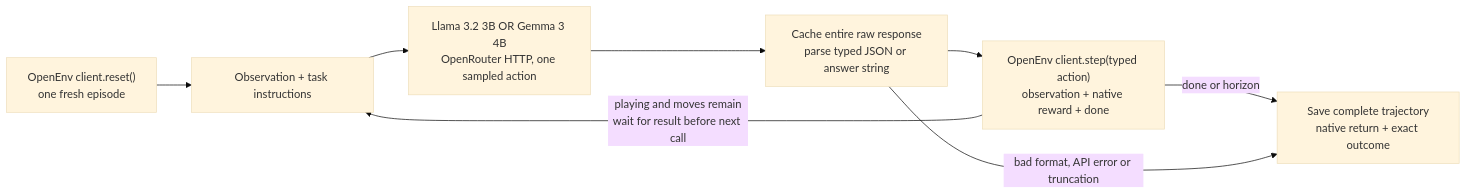
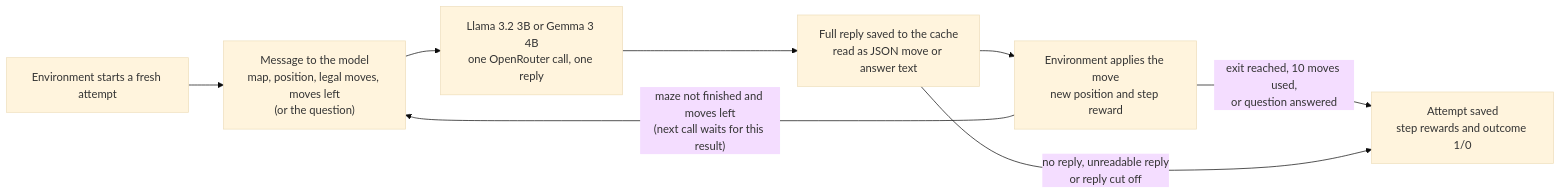
Before and after one commit to k-sandhu/experiment-notebooks: the first of 2 diagrams in notebooks/24-openenv-rewards/README.md, drawn with Mermaid (base theme). The commit also changed other lines of this file and 2 other files, not shown here.

````diff
--- a/notebooks/24-openenv-rewards/README.md
+++ b/notebooks/24-openenv-rewards/README.md
@@ -133,10 +103,10 @@
 ```mermaid
 flowchart LR
-    reset["OpenEnv client.reset()<br/>one fresh episode"] --> obs["Observation + task instructions"]
-    obs --> llm["Llama 3.2 3B OR Gemma 3 4B<br/>OpenRouter HTTP, one sampled action"]
-    llm --> raw["Cache entire raw response<br/>parse typed JSON or answer string"]
-    raw --> step["OpenEnv client.step(typed action)<br/>observation + native reward + done"]
-    step -->|"playing and moves remain<br/>wait for result before next call"| obs
-    step -->|"done or horizon"| record["Save complete trajectory<br/>native return + exact outcome"]
-    raw -->|"bad format, API error or truncation"| record
+    reset["Environment starts a fresh attempt"] --> obs["Message to the model<br/>map, position, legal moves, moves left<br/>(or the question)"]
+    obs --> llm["Llama 3.2 3B or Gemma 3 4B<br/>one OpenRouter call, one reply"]
+    llm --> raw["Full reply saved to the cache<br/>read as JSON move or answer text"]
+    raw --> step["Environment applies the move<br/>new position and step reward"]
+    step -->|"maze not finished and moves left<br/>(next call waits for this result)"| obs
+    step -->|"exit reached, 10 moves used,<br/>or question answered"| record["Attempt saved<br/>step rewards and outcome 1/0"]
+    raw -->|"no reply, unreadable reply<br/>or reply cut off"| record
 ```
````
